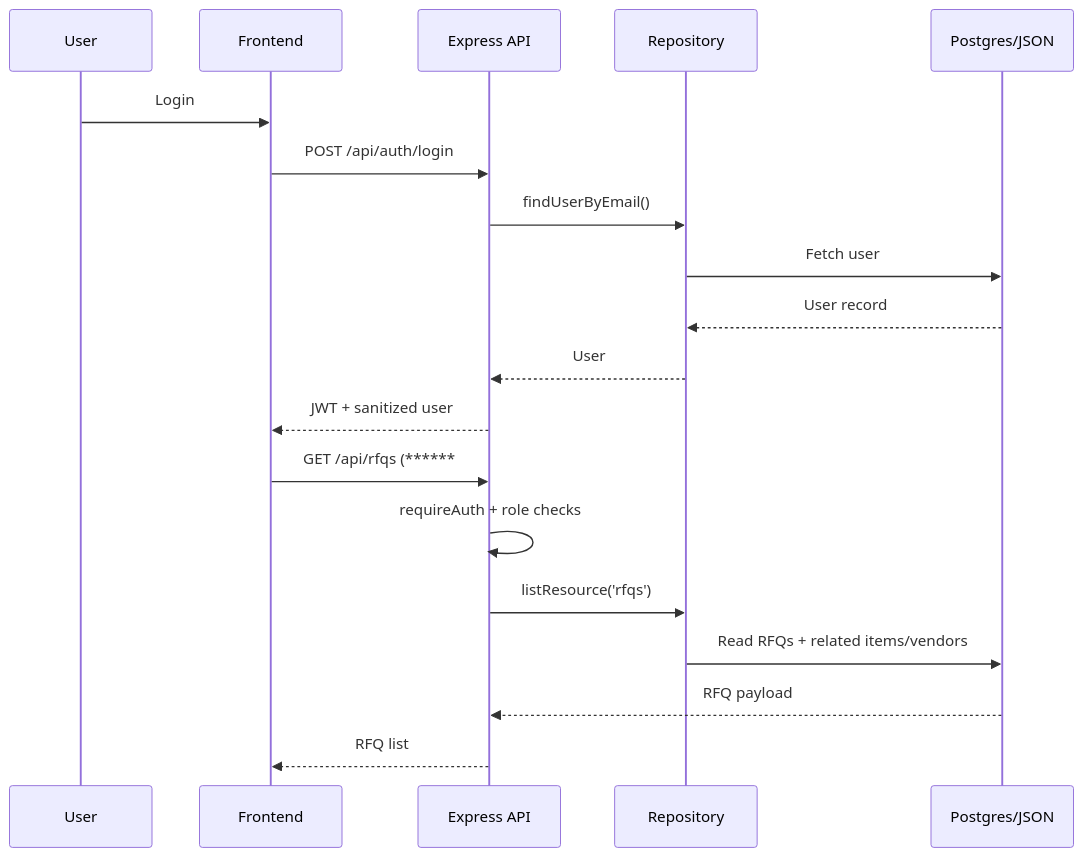
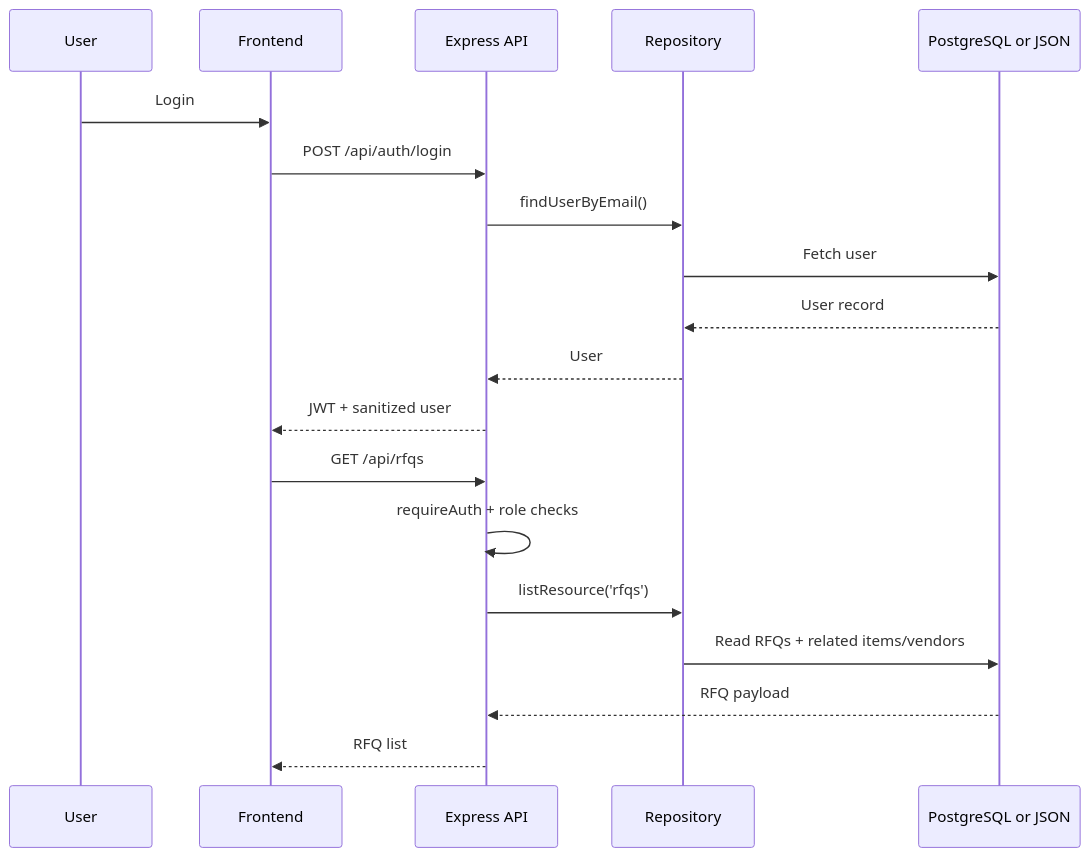
The second of 2 diagrams in README.md (kapil31jangid/VendorBridge), drawn with Mermaid before and after one commit. The commit also changed other lines of this file, not shown here.

Commit message:
Fix README architecture Mermaid syntax

````diff
--- a/README.md
+++ b/README.md
@@ -78,23 +78,23 @@
 ```mermaid
 sequenceDiagram
   participant U as User
   participant FE as Frontend
   participant API as Express API
   participant R as Repository
-  participant D as Postgres/JSON
+  participant D as PostgreSQL or JSON
 
   U->>FE: Login
   FE->>API: POST /api/auth/login
   API->>R: findUserByEmail()
   R->>D: Fetch user
   D-->>R: User record
   R-->>API: User
   API-->>FE: JWT + sanitized user
 
-  FE->>API: GET /api/rfqs (******
+  FE->>API: GET /api/rfqs
   API->>API: requireAuth + role checks
   API->>R: listResource('rfqs')
   R->>D: Read RFQs + related items/vendors
   D-->>API: RFQ payload
   API-->>FE: RFQ list
 ```
````
